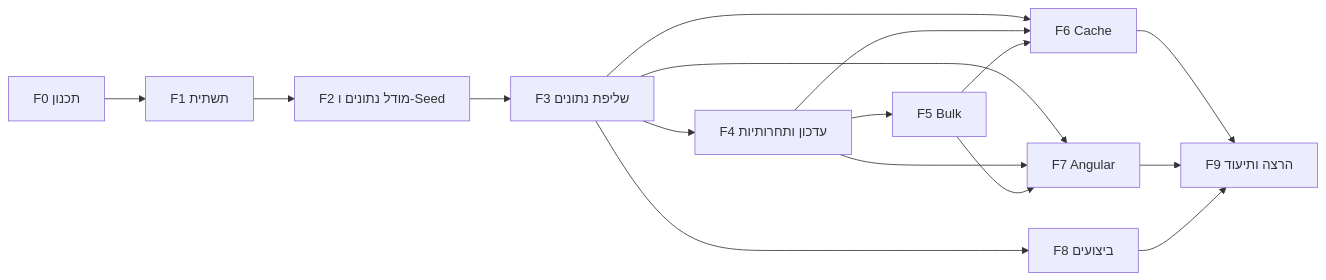
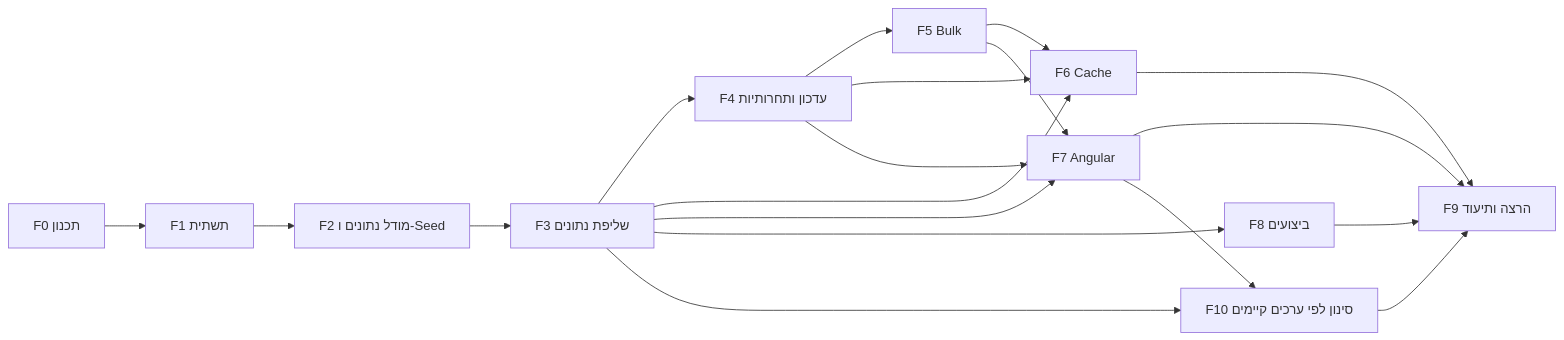
Before and after one commit to RivkyHailbron/requests-management-system: the second of 3 diagrams in README.md, drawn with Mermaid. The commit also changed other lines of this file and 20 other files, not shown here.

````diff
--- a/README.md
+++ b/README.md
@@ -313,18 +325,21 @@
 ```mermaid
 flowchart LR
     F0[F0 תכנון] --> F1[F1 תשתית]
     F1 --> F2[F2 מודל נתונים ו-Seed]
     F2 --> F3[F3 שליפת נתונים]
     F3 --> F4[F4 עדכון ותחרותיות]
     F4 --> F5[F5 Bulk]
     F3 --> F6[F6 Cache]
     F4 --> F6
     F5 --> F6
     F3 --> F7[F7 Angular]
     F4 --> F7
     F5 --> F7
     F3 --> F8[F8 ביצועים]
     F6 --> F9[F9 הרצה ותיעוד]
     F7 --> F9
     F8 --> F9
+    F3 --> F10[F10 סינון לפי ערכים קיימים]
+    F7 --> F10
+    F10 --> F9
 ```
````
